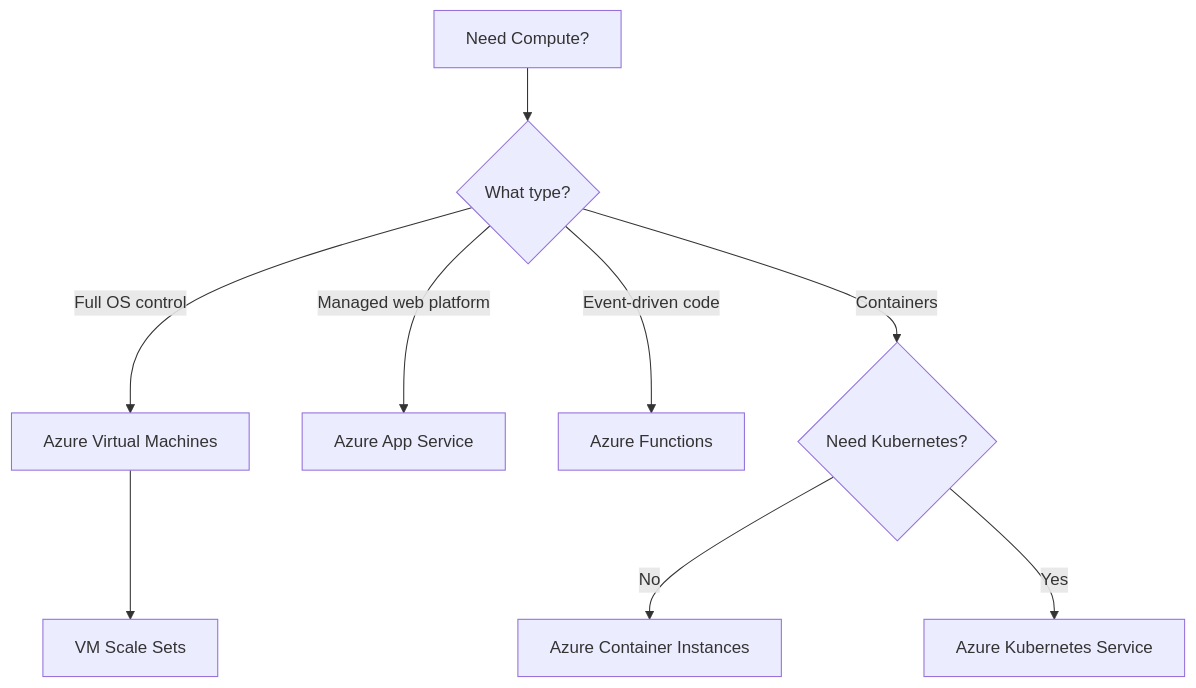
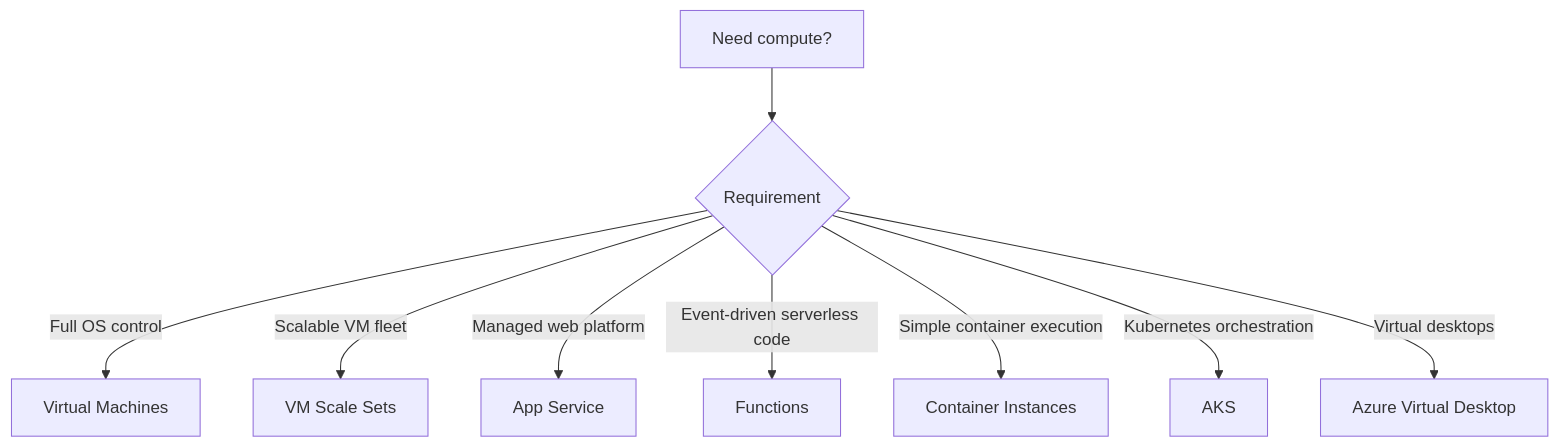
One commit to zhyordanova/azure-fundamentals-handbook changed the fifth of 14 diagrams in exam/concept-map/concept-map.md. Above: the diagram before and after it, drawn with Mermaid. The commit also changed other lines of this file and 1 other file, not shown here.

````diff
--- a/exam/concept-map/concept-map.md
+++ b/exam/concept-map/concept-map.md
@@ -103,19 +119,11 @@
 ```mermaid
 flowchart TD
-
-    A["Need Compute?"] --> B{"What type?"}
-
-    B -->|Full OS control| VM["Azure Virtual Machines"]
-
-    VM --> VMSS["VM Scale Sets"]
-
-    B -->|Managed web platform| APP["Azure App Service"]
-
-    B -->|Event-driven code| FUNC["Azure Functions"]
-
-    B -->|Containers| C{"Need Kubernetes?"}
-
-    C -->|No| ACI["Azure Container Instances"]
-
-    C -->|Yes| AKS["Azure Kubernetes Service"]
+    A["Need compute?"] --> B{"Requirement"}
+    B -->|"Full OS control"| VM["Virtual Machines"]
+    B -->|"Scalable VM fleet"| VMSS["VM Scale Sets"]
+    B -->|"Managed web platform"| APP["App Service"]
+    B -->|"Event-driven serverless code"| FUNC["Functions"]
+    B -->|"Simple container execution"| ACI["Container Instances"]
+    B -->|"Kubernetes orchestration"| AKS["AKS"]
+    B -->|"Virtual desktops"| AVD["Azure Virtual Desktop"]
 ```
````
